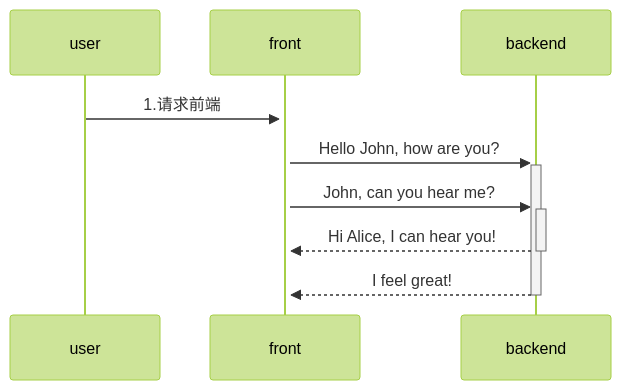
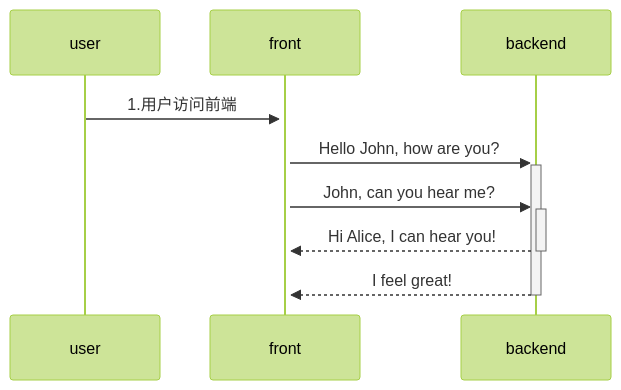
The diagram in all/未命名-4.md (yingjianzh/iodraw-files), drawn with Mermaid (forest theme) before and after one commit.

Commit message:
2024-08-02 17:34:18 update

````diff
--- a/all/未命名-4.md
+++ b/all/未命名-4.md
@@ -1,9 +1,9 @@
 ```mermaid
 sequenceDiagram
-    user->>+front: 1.请求前端
+    user->>+front: 1.用户访问前端
     front->>+backend: Hello John, how are you?
     front->>+backend: John, can you hear me?
     backend-->>-front: Hi Alice, I can hear you!
     backend-->>-front: I feel great!
             
 ```
````
